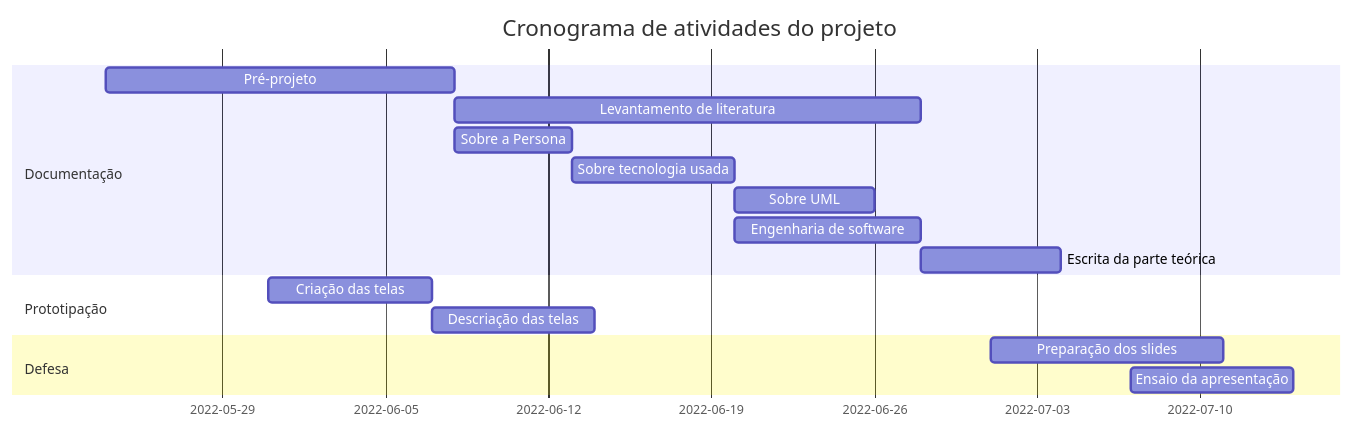
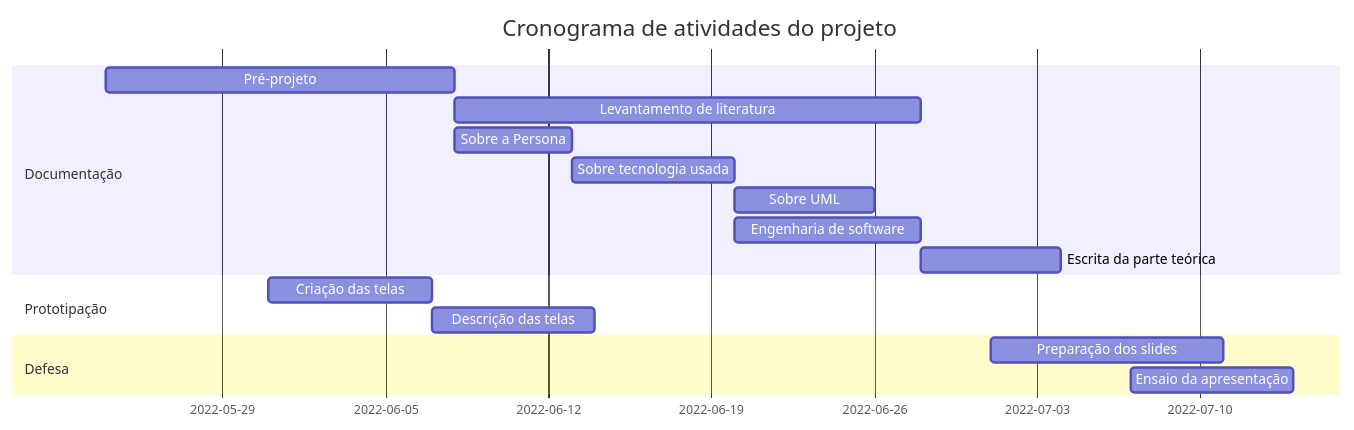
One commit to Ricvidal/CronogramaMarkdown changed the diagram in README.md. Above: the diagram before and after it, drawn with Mermaid.

````diff
--- a/README.md
+++ b/README.md
@@ -3,19 +3,19 @@
 ```mermaid
     gantt
     title Cronograma de atividades do projeto
     dateFormat  YYYY-MM-DD
     section Documentação
     Pré-projeto :a1, 2022-05-24, 15d
     Levantamento de literatura :a2,after a1  , 20d
     Sobre a Persona :a3,after a1  , 5d
     Sobre tecnologia usada :a4,after a3  , 7d
     Sobre UML :a5,after a4  , 6d
     Engenharia de software :a6,after a4  , 8d
     Escrita da parte teórica :a7,after a2  , 6d
     section Prototipação
     Criação das telas :c2,2022-05-31  , 7d
-    Descriação das telas      :c3,after c2, 7d
+    Descrição das telas      :c3,after c2, 7d
     section Defesa
     Preparação dos slides :p1, 2022-07-01, 10d
     Ensaio da apresentação :p2, 2022-07-07, 7d
 ```
````
